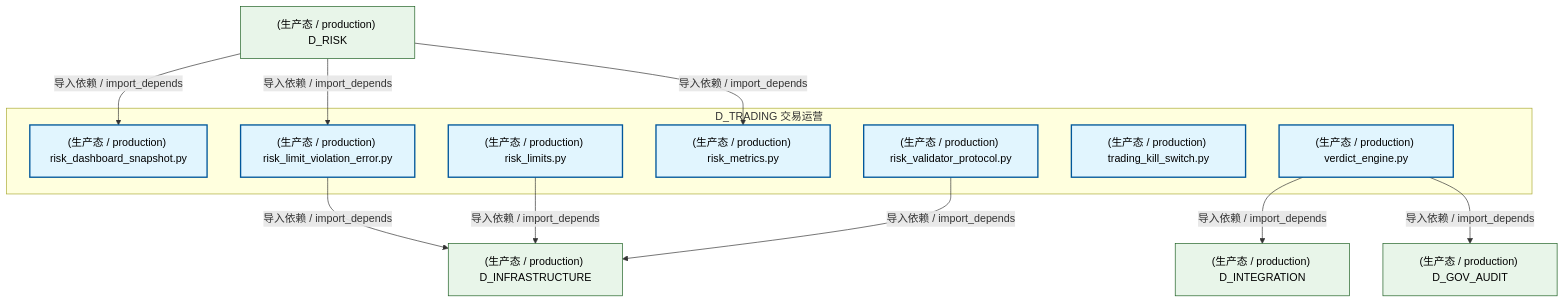
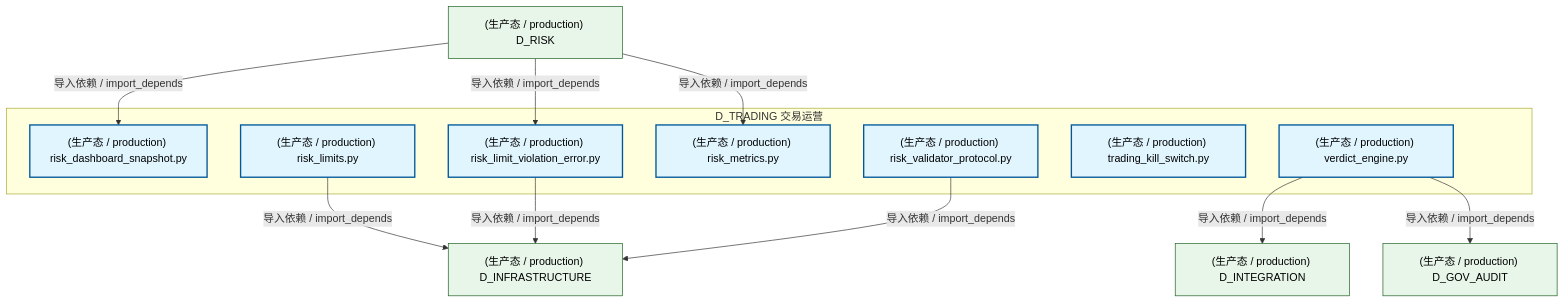
The second of 4 diagrams in docs/02_enterprise_architecture/02_domain_architecture_docs/57_d_trading.md (xuanFelixVan/ZephyrAlpha), drawn with Mermaid before and after one commit. The commit also changed other lines of this file and 128 other files, not shown here.

````diff
--- a/docs/02_enterprise_architecture/02_domain_architecture_docs/57_d_trading.md
+++ b/docs/02_enterprise_architecture/02_domain_architecture_docs/57_d_trading.md
@@ -193,30 +193,30 @@
 ```mermaid
 graph TD
     subgraph D_TRADING["D_TRADING 交易运营"]
         src_zephyr_trading_trading_contracts_risk_risk_dashboard_snapshot_py["(生产态 / production) risk_dashboard_snapshot.py"]
         src_zephyr_trading_trading_contracts_risk_risk_limit_violation_error_py["(生产态 / production) risk_limit_violation_error.py"]
         src_zephyr_trading_trading_contracts_risk_risk_limits_py["(生产态 / production) risk_limits.py"]
         src_zephyr_trading_trading_contracts_risk_risk_metrics_py["(生产态 / production) risk_metrics.py"]
         src_zephyr_trading_trading_contracts_risk_risk_validator_protocol_py["(生产态 / production) risk_validator_protocol.py"]
         src_zephyr_trading_trading_contracts_risk_trading_kill_switch_py["(生产态 / production) trading_kill_switch.py"]
         src_zephyr_trading_verdict_engine_py["(生产态 / production) verdict_engine.py"]
     end
     D_INFRASTRUCTURE["(生产态 / production) D_INFRASTRUCTURE"]
+    src_zephyr_trading_trading_contracts_risk_risk_limits_py -->|导入依赖 / import_depends| D_INFRASTRUCTURE
     src_zephyr_trading_trading_contracts_risk_risk_limit_violation_error_py -->|导入依赖 / import_depends| D_INFRASTRUCTURE
-    src_zephyr_trading_trading_contracts_risk_risk_limits_py -->|导入依赖 / import_depends| D_INFRASTRUCTURE
     D_INTEGRATION["(生产态 / production) D_INTEGRATION"]
     src_zephyr_trading_verdict_engine_py -->|导入依赖 / import_depends| D_INTEGRATION
     src_zephyr_trading_trading_contracts_risk_risk_validator_protocol_py -->|导入依赖 / import_depends| D_INFRASTRUCTURE
     D_GOV_AUDIT["(生产态 / production) D_GOV_AUDIT"]
     src_zephyr_trading_verdict_engine_py -->|导入依赖 / import_depends| D_GOV_AUDIT
     D_RISK["(生产态 / production) D_RISK"]
+    D_RISK -->|导入依赖 / import_depends| src_zephyr_trading_trading_contracts_risk_risk_limit_violation_error_py
     D_RISK -->|导入依赖 / import_depends| src_zephyr_trading_trading_contracts_risk_risk_dashboard_snapshot_py
     D_RISK -->|导入依赖 / import_depends| src_zephyr_trading_trading_contracts_risk_risk_metrics_py
-    D_RISK -->|导入依赖 / import_depends| src_zephyr_trading_trading_contracts_risk_risk_limit_violation_error_py
     classDef production fill:#e1f5fe,stroke:#01579b,stroke-width:2px,color:#000
     classDef design fill:#fff3e0,stroke:#e65100,stroke-width:2px,color:#000,stroke-dasharray: 5 5
     classDef external_prod fill:#e8f5e9,stroke:#1b5e20,stroke-width:1px,color:#000
     classDef external_design fill:#fce4ec,stroke:#880e4f,stroke-width:1px,color:#000,stroke-dasharray: 5 5
     class src_zephyr_trading_trading_contracts_risk_risk_dashboard_snapshot_py,src_zephyr_trading_trading_contracts_risk_risk_limit_violation_error_py,src_zephyr_trading_trading_contracts_risk_risk_limits_py,src_zephyr_trading_trading_contracts_risk_risk_metrics_py,src_zephyr_trading_trading_contracts_risk_risk_validator_protocol_py,src_zephyr_trading_trading_contracts_risk_trading_kill_switch_py,src_zephyr_trading_verdict_engine_py production
     class D_INFRASTRUCTURE,D_INTEGRATION,D_GOV_AUDIT,D_RISK external_prod
 ```
````
